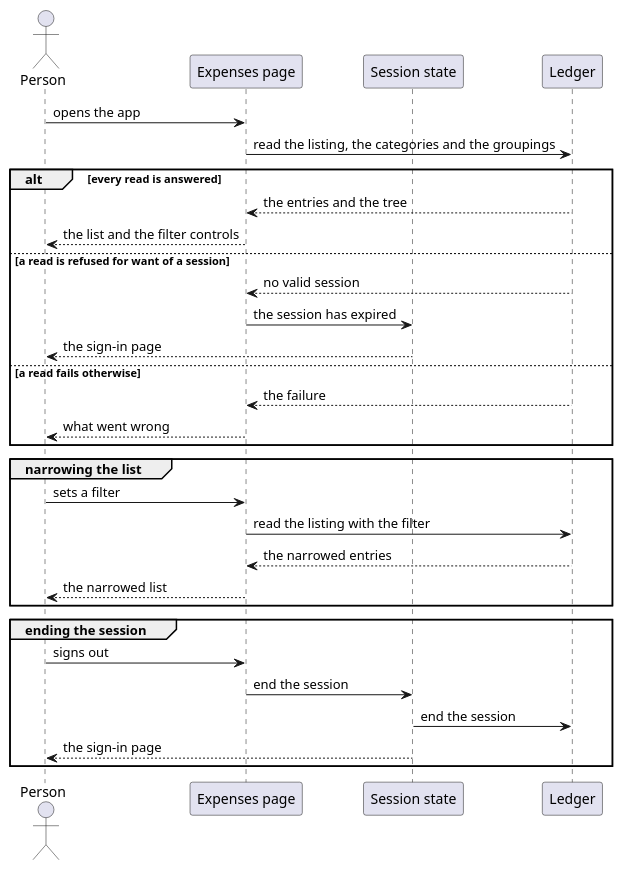
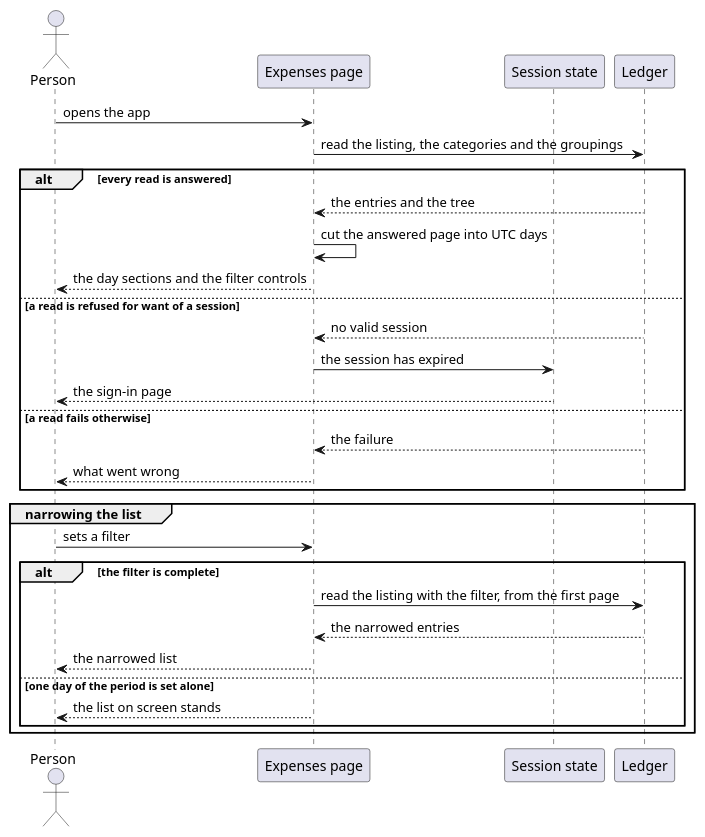
One commit to ds-usova/finance-bot changed the first of 2 diagrams in web-app/docs/usecases/browse-recorded-expenses.md. Above: the diagram before and after it, drawn with PlantUML. The commit also changed other lines of this file and 4 other files, not shown here.

Commit message:
Documentation: the web app's use cases and contracts record the shell, the day sections and the period pair

````diff
--- a/web-app/docs/usecases/browse-recorded-expenses.md
+++ b/web-app/docs/usecases/browse-recorded-expenses.md
@@ -50,37 +55,35 @@
 ```plantuml
 @startuml BrowseRecordedExpenses-Sequence
 actor "Person" as User
 participant "Expenses page" as Page
 participant "Session state" as Auth
 participant "Ledger" as Ledger
 
 User -> Page : opens the app
 Page -> Ledger : read the listing, the categories and the groupings
 
 alt every read is answered
   Ledger --> Page : the entries and the tree
-  Page --> User : the list and the filter controls
+  Page -> Page : cut the answered page into UTC days
+  Page --> User : the day sections and the filter controls
 else a read is refused for want of a session
   Ledger --> Page : no valid session
   Page -> Auth : the session has expired
   Auth --> User : the sign-in page
 else a read fails otherwise
   Ledger --> Page : the failure
   Page --> User : what went wrong
 end
 
 group narrowing the list
   User -> Page : sets a filter
-  Page -> Ledger : read the listing with the filter
-  Ledger --> Page : the narrowed entries
-  Page --> User : the narrowed list
-end
-
-group ending the session
-  User -> Page : signs out
-  Page -> Auth : end the session
-  Auth -> Ledger : end the session
-  Auth --> User : the sign-in page
+  alt the filter is complete
+    Page -> Ledger : read the listing with the filter, from the first page
+    Ledger --> Page : the narrowed entries
+    Page --> User : the narrowed list
+  else one day of the period is set alone
+    Page --> User : the list on screen stands
+  end
 end
 @enduml
 ```
````
